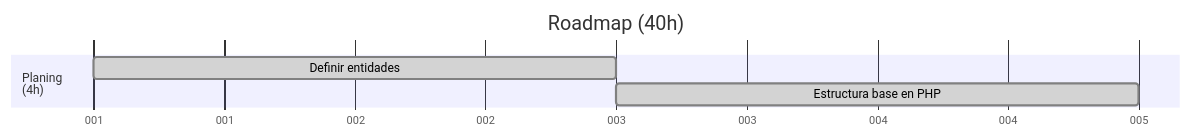
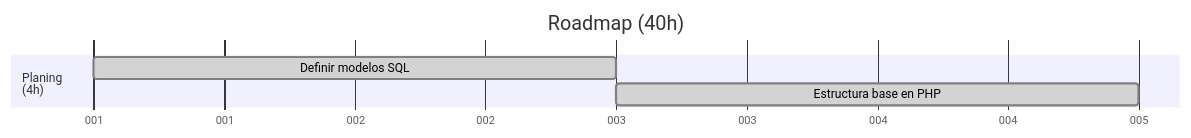
Before and after one commit to Covija97/badentracker: the first of 9 diagrams in .md/roadmap.md, drawn with Mermaid. The commit also changed other lines of this file and 2 other files, not shown here.

````diff
--- a/.md/roadmap.md
+++ b/.md/roadmap.md
@@ -11,10 +11,10 @@
 ```mermaid
 gantt
     title Roadmap (40h)
     dateFormat  DDD
     axisFormat %j
 
     section Planing<br>(4h)
-    Definir entidades           :done, 01-01, 2d
+    Definir modelos SQL         :done, 01-01, 2d
     Estructura base en PHP      :done, 01-03, 2d
 ```
````
